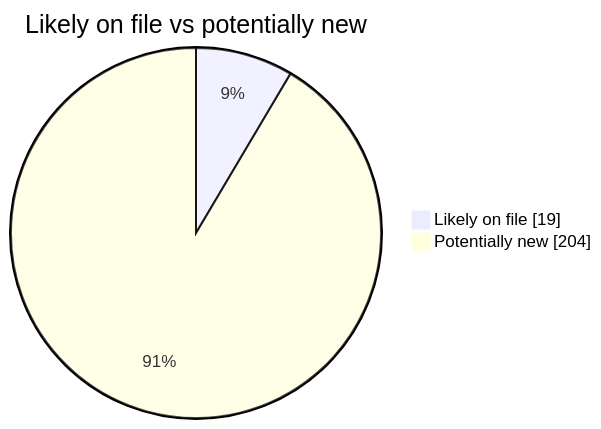
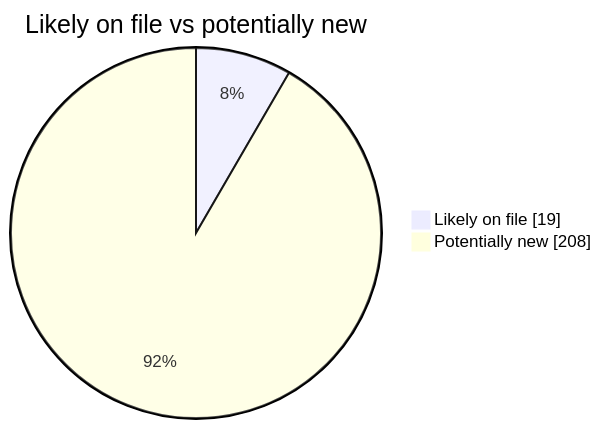
One commit to martinbalfanz/social-scanner-reports changed the second of 4 diagrams in README.md. Above: the diagram before and after it, drawn with Mermaid. The commit also changed other lines of this file and 2 other files, not shown here.

````diff
--- a/README.md
+++ b/README.md
@@ -40,5 +40,5 @@
 ```mermaid
 pie showData title Likely on file vs potentially new
     "Likely on file" : 19
-    "Potentially new" : 204
+    "Potentially new" : 208
 ```
````
